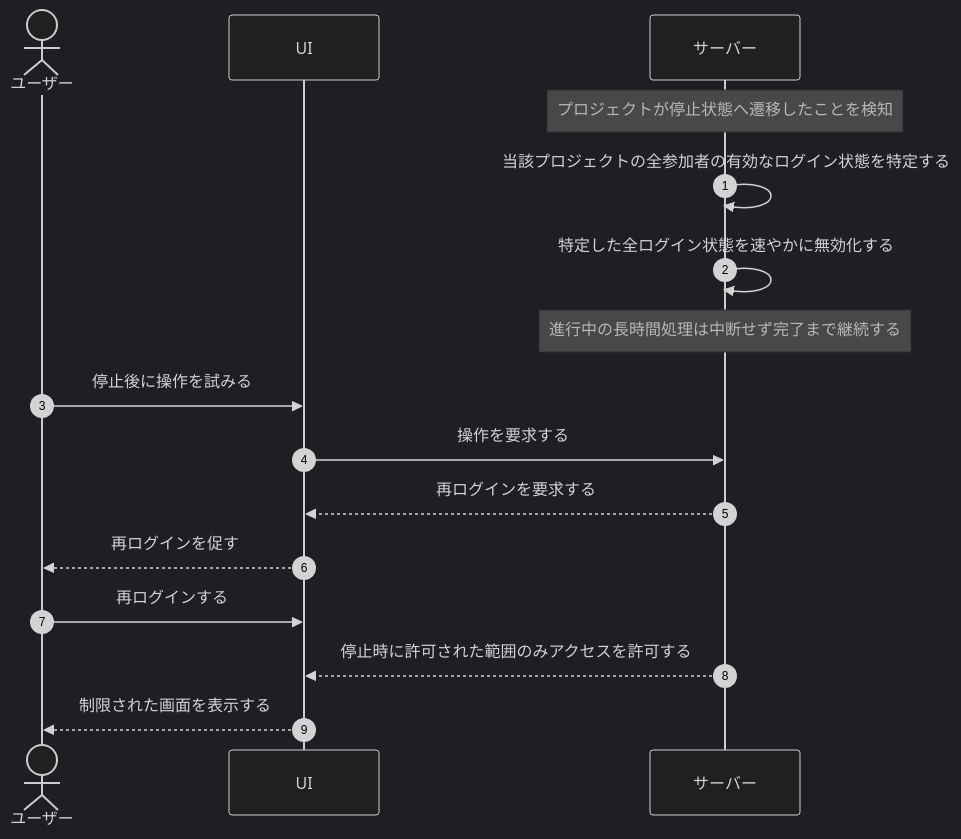
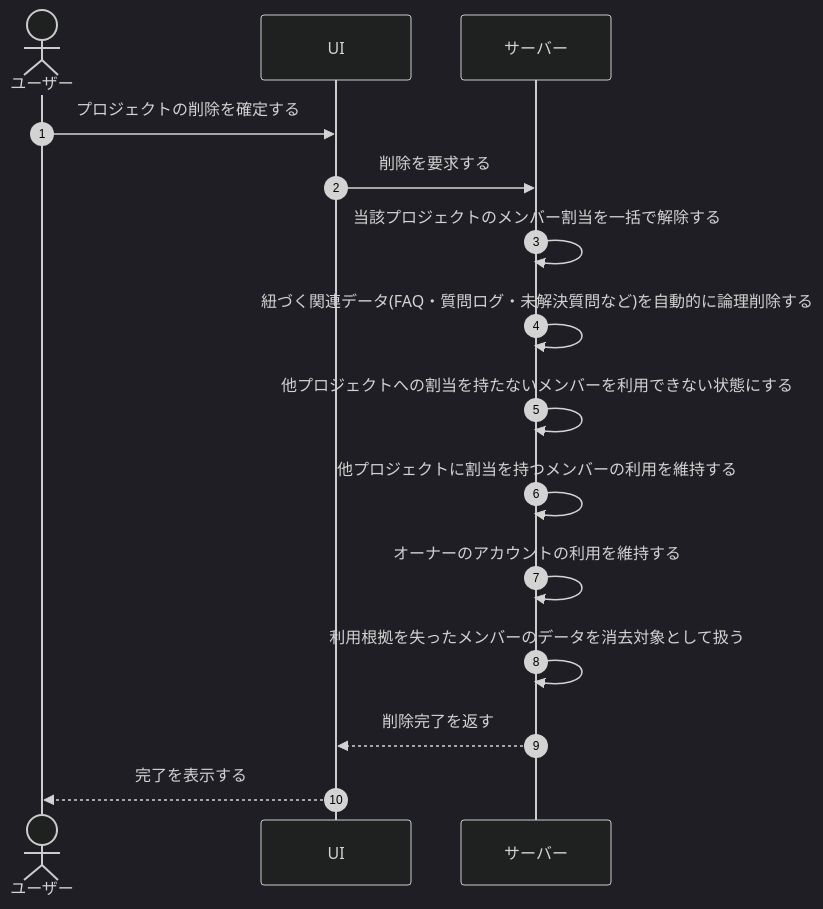
One commit to sikakou54/open-faq changed the diagram in 01_requirements/04_business_usecases/UC-073.md. Above: the diagram before and after it, drawn with Mermaid (dark theme). The commit also changed other lines of this file and 395 other files, not shown here.

````diff
--- a/01_requirements/04_business_usecases/UC-073.md
+++ b/01_requirements/04_business_usecases/UC-073.md
@@ -26,18 +26,17 @@
 ```mermaid
 sequenceDiagram
   autonumber
   actor U as ユーザー
   participant UI as UI
   participant S as サーバー
-  Note over S: プロジェクトが停止状態へ遷移したことを検知
-  S->>S: 当該プロジェクトの全参加者の有効なログイン状態を特定する
-  S->>S: 特定した全ログイン状態を速やかに無効化する
-  Note over S: 進行中の長時間処理は中断せず完了まで継続する
-  U->>UI: 停止後に操作を試みる
-  UI->>S: 操作を要求する
-  S-->>UI: 再ログインを要求する
-  UI-->>U: 再ログインを促す
-  U->>UI: 再ログインする
-  S-->>UI: 停止時に許可された範囲のみアクセスを許可する
-  UI-->>U: 制限された画面を表示する
+  U->>UI: プロジェクトの削除を確定する
+  UI->>S: 削除を要求する
+  S->>S: 当該プロジェクトのメンバー割当を一括で解除する
+  S->>S: 紐づく関連データ(FAQ・質問ログ・未解決質問など)を自動的に論理削除する
+  S->>S: 他プロジェクトへの割当を持たないメンバーを利用できない状態にする
+  S->>S: 他プロジェクトに割当を持つメンバーの利用を維持する
+  S->>S: オーナーのアカウントの利用を維持する
+  S->>S: 利用根拠を失ったメンバーのデータを消去対象として扱う
+  S-->>UI: 削除完了を返す
+  UI-->>U: 完了を表示する
 ```
````
